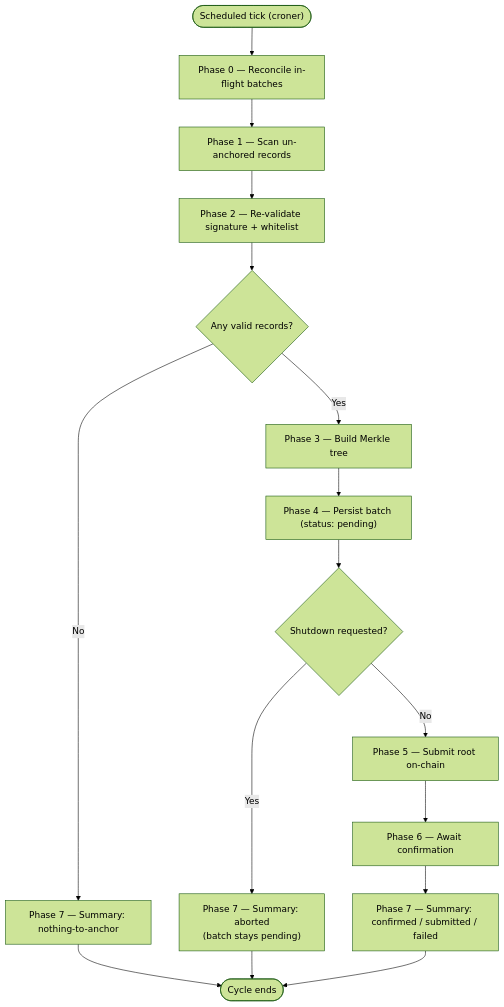
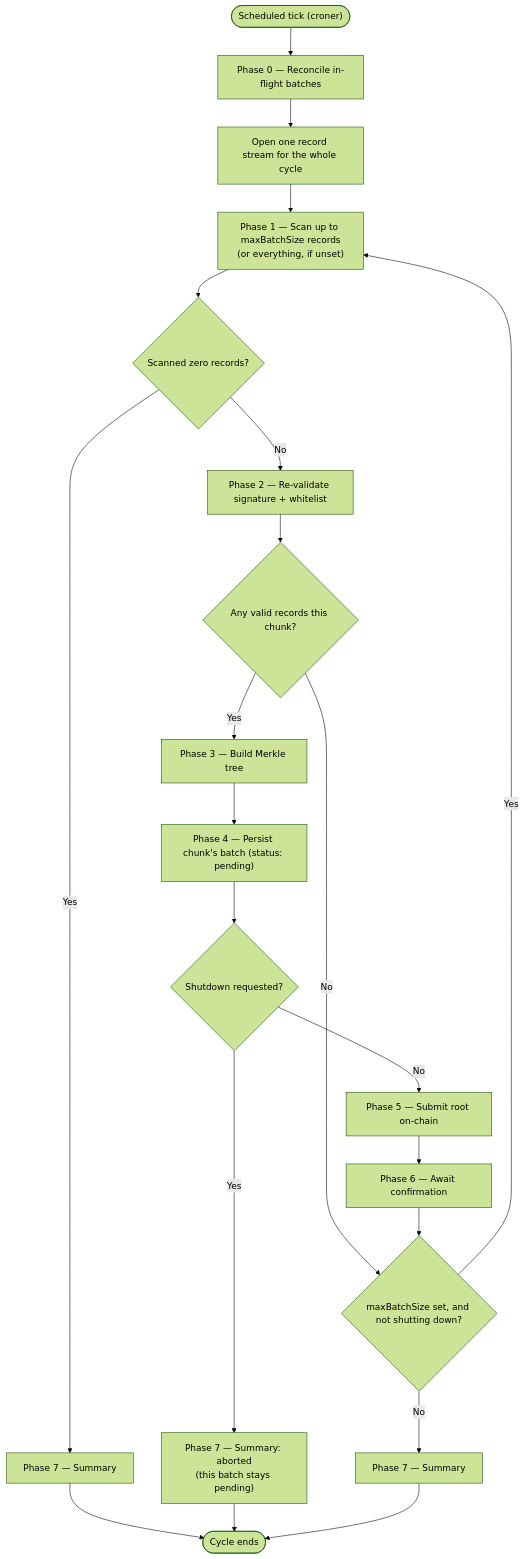
The diagram in docs/en/ANCHOR_SERVICE_EXECUTION_CYCLE.md (DanielCorbellini/madis), drawn with Mermaid (forest theme) before and after one commit. The commit also changed other lines of this file and 1 other file, not shown here.

Commit message:
docs(anchor-service): update the documentation to describe how ANCHOR_MAX_BATCH_SIZE works

````diff
--- a/docs/en/ANCHOR_SERVICE_EXECUTION_CYCLE.md
+++ b/docs/en/ANCHOR_SERVICE_EXECUTION_CYCLE.md
@@ -52,18 +52,23 @@
 ```mermaid
 flowchart TD
     Start(["Scheduled tick (croner)"]) --> P0["Phase 0 — Reconcile in-flight batches"]
-    P0 --> P1["Phase 1 — Scan un-anchored records"]
-    P1 --> P2["Phase 2 — Re-validate signature + whitelist"]
-    P2 --> D1{"Any valid records?"}
-    D1 -- No --> S1["Phase 7 — Summary: nothing-to-anchor"]
+    P0 --> Open["Open one record stream for the whole cycle"]
+    Open --> P1["Phase 1 — Scan up to maxBatchSize records<br/>(or everything, if unset)"]
+    P1 --> D0{"Scanned zero records?"}
+    D0 -- Yes --> S1["Phase 7 — Summary"]
+    D0 -- No --> P2["Phase 2 — Re-validate signature + whitelist"]
+    P2 --> D1{"Any valid records this chunk?"}
+    D1 -- No --> D3
     D1 -- Yes --> P3["Phase 3 — Build Merkle tree"]
-    P3 --> P4["Phase 4 — Persist batch (status: pending)"]
+    P3 --> P4["Phase 4 — Persist chunk's batch (status: pending)"]
     P4 --> D2{"Shutdown requested?"}
-    D2 -- Yes --> S2["Phase 7 — Summary: aborted<br/>(batch stays pending)"]
+    D2 -- Yes --> S2["Phase 7 — Summary: aborted<br/>(this batch stays pending)"]
     D2 -- No --> P5["Phase 5 — Submit root on-chain"]
     P5 --> P6["Phase 6 — Await confirmation"]
-    P6 --> S3["Phase 7 — Summary: confirmed / submitted / failed"]
+    P6 --> D3{"maxBatchSize set, and not shutting down?"}
+    D3 -- Yes --> P1
+    D3 -- No --> S3["Phase 7 — Summary"]
     S1 --> End(["Cycle ends"])
     S2 --> End
     S3 --> End
 ```
````
